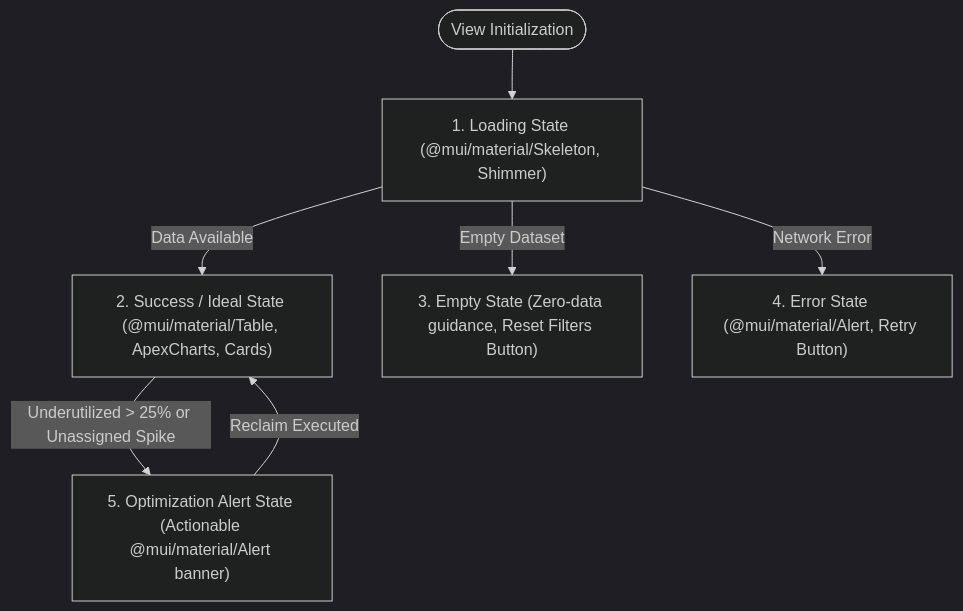
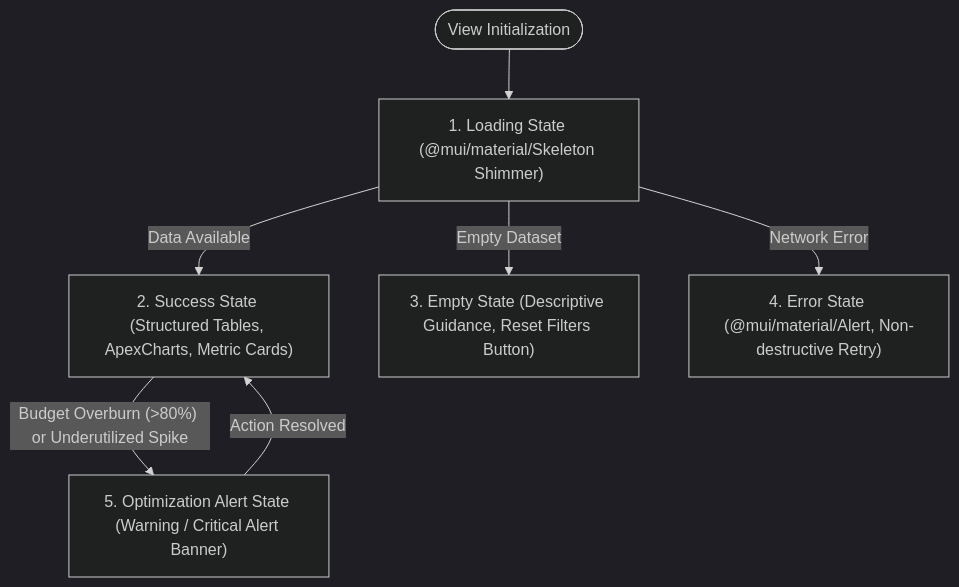
One commit to cuonglpv/VFast changed the second of 2 diagrams in docs/04-information-architecture-manager.md. Above: the diagram before and after it, drawn with Mermaid (dark theme). The commit also changed other lines of this file and 1 other file, not shown here.

Commit message:
docs: expand information architecture with admin user management, budget analytics, and license drawer edit/roster

````diff
--- a/docs/04-information-architecture-manager.md
+++ b/docs/04-information-architecture-manager.md
@@ -355,9 +643,9 @@
 ```mermaid
 flowchart TD
-    Init(["View Initialization"]) --> Loading["1. Loading State (@mui/material/Skeleton, Shimmer)"]
-    Loading -->|"Data Available"| Success["2. Success / Ideal State (@mui/material/Table, ApexCharts, Cards)"]
-    Loading -->|"Empty Dataset"| Empty["3. Empty State (Zero-data guidance, Reset Filters Button)"]
-    Loading -->|"Network Error"| Error["4. Error State (@mui/material/Alert, Retry Button)"]
-    Success -->|"Underutilized > 25% or Unassigned Spike"| AlertState["5. Optimization Alert State (Actionable @mui/material/Alert banner)"]
-    AlertState -->|"Reclaim Executed"| Success
+    Init(["View Initialization"]) --> Loading["1. Loading State (@mui/material/Skeleton Shimmer)"]
+    Loading -->|"Data Available"| Success["2. Success State (Structured Tables, ApexCharts, Metric Cards)"]
+    Loading -->|"Empty Dataset"| Empty["3. Empty State (Descriptive Guidance, Reset Filters Button)"]
+    Loading -->|"Network Error"| Error["4. Error State (@mui/material/Alert, Non-destructive Retry)"]
+    Success -->|"Budget Overburn (>80%) or Underutilized Spike"| AlertState["5. Optimization Alert State (Warning / Critical Alert Banner)"]
+    AlertState -->|"Action Resolved"| Success
 ```
````
